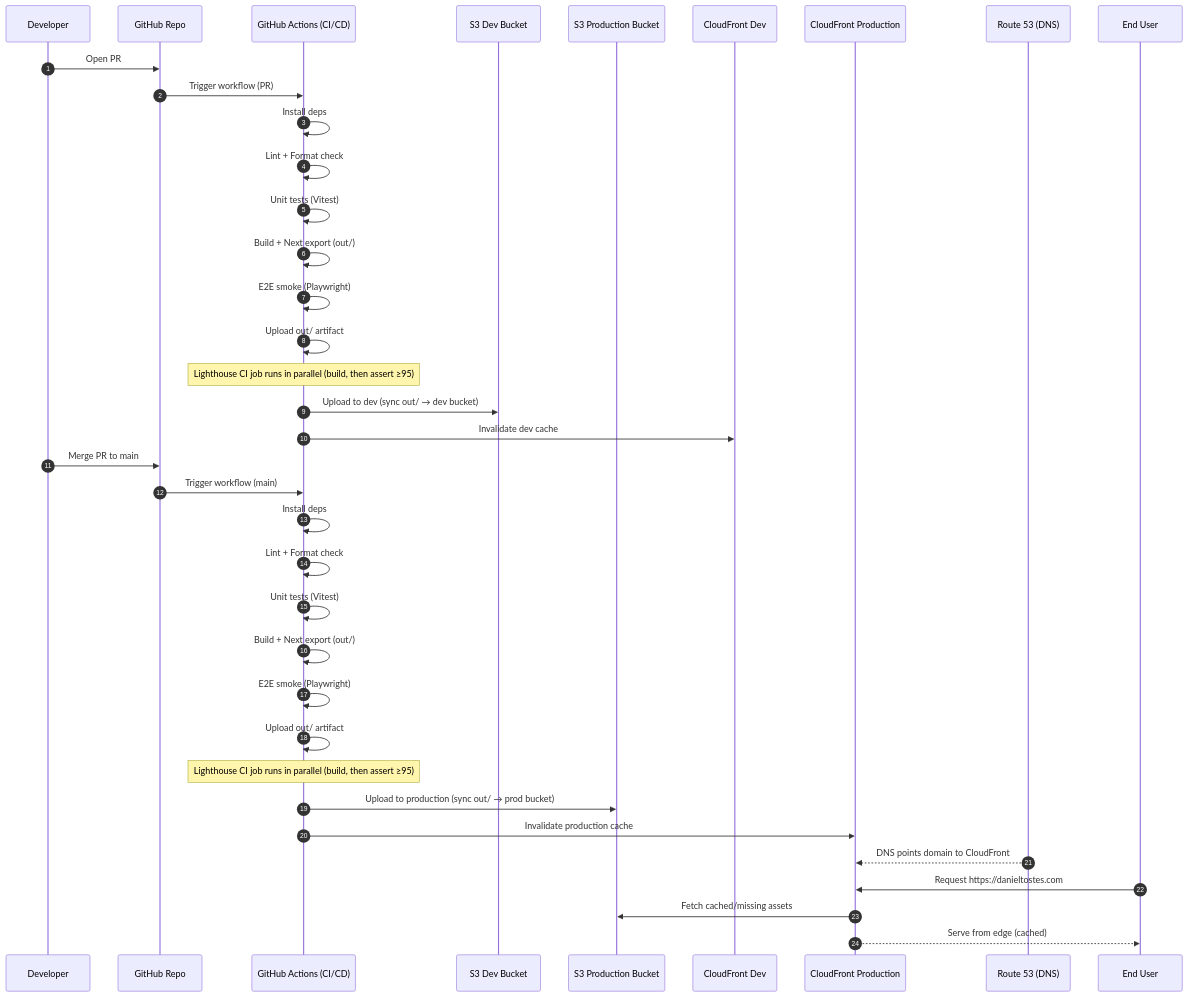
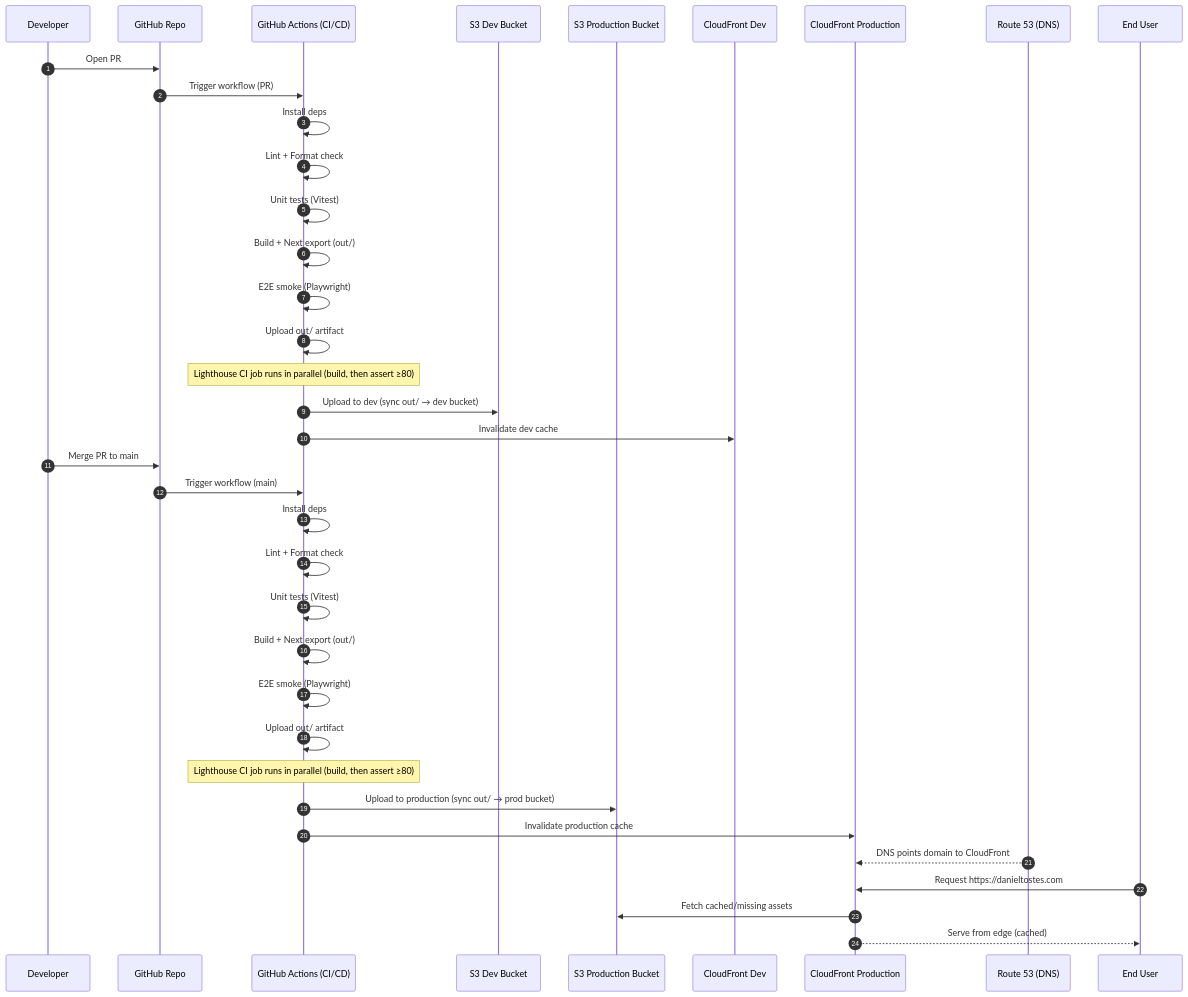
The first of 2 diagrams in docs/diagrams.md (danielmunafo/danieltostes.com), drawn with Mermaid before and after one commit. The commit also changed 6 other files, not shown here.

````diff
--- a/docs/diagrams.md
+++ b/docs/diagrams.md
@@ -5,42 +5,42 @@
 ```mermaid
 sequenceDiagram
   autonumber
   participant Dev as Developer
   participant GH as GitHub Repo
   participant GA as GitHub Actions (CI/CD)
   participant S3Dev as S3 Dev Bucket
   participant S3Prod as S3 Production Bucket
   participant CFDev as CloudFront Dev
   participant CFProd as CloudFront Production
   participant R53 as Route 53 (DNS)
   participant User as End User
 
   Dev->>GH: Open PR
   GH->>GA: Trigger workflow (PR)
   GA->>GA: Install deps
   GA->>GA: Lint + Format check
   GA->>GA: Unit tests (Vitest)
   GA->>GA: Build + Next export (out/)
   GA->>GA: E2E smoke (Playwright)
   GA->>GA: Upload out/ artifact
-  Note over GA: Lighthouse CI job runs in parallel (build, then assert ≥95)
+  Note over GA: Lighthouse CI job runs in parallel (build, then assert ≥80)
   GA->>S3Dev: Upload to dev (sync out/ → dev bucket)
   GA->>CFDev: Invalidate dev cache
 
   Dev->>GH: Merge PR to main
   GH->>GA: Trigger workflow (main)
   GA->>GA: Install deps
   GA->>GA: Lint + Format check
   GA->>GA: Unit tests (Vitest)
   GA->>GA: Build + Next export (out/)
   GA->>GA: E2E smoke (Playwright)
   GA->>GA: Upload out/ artifact
-  Note over GA: Lighthouse CI job runs in parallel (build, then assert ≥95)
+  Note over GA: Lighthouse CI job runs in parallel (build, then assert ≥80)
   GA->>S3Prod: Upload to production (sync out/ → prod bucket)
   GA->>CFProd: Invalidate production cache
 
   R53-->>CFProd: DNS points domain to CloudFront
   User->>CFProd: Request https://danieltostes.com
   CFProd->>S3Prod: Fetch cached/missing assets
   CFProd-->>User: Serve from edge (cached)
 ```
````
